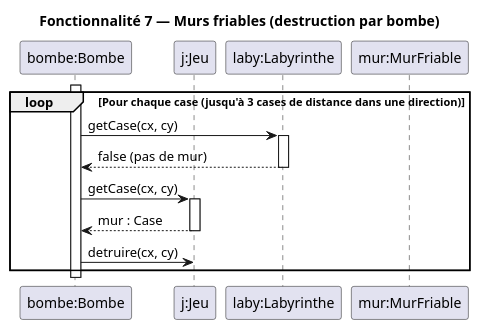
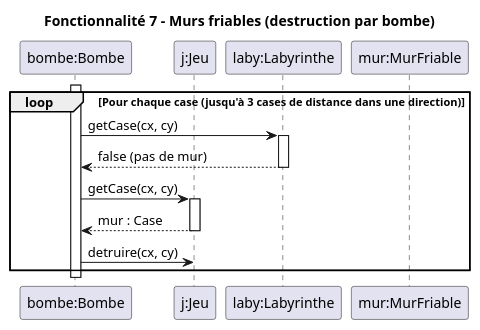
The diagram in projet_zeldiablo/documents/version_2/Diagrammes Séquence/Fonctionnalité 7.puml (lucas-martinati-pro/SAE_S2.01_Zeldiablo-LucasM_JeanLM_PierreGSV), drawn with PlantUML before and after one commit. The commit also changed 4 other files, not shown here.

Commit message:
change title of Diagrams

```diff
--- a/projet_zeldiablo/documents/version_2/Diagrammes Séquence/Fonctionnalité 7.puml
+++ b/projet_zeldiablo/documents/version_2/Diagrammes Séquence/Fonctionnalité 7.puml
@@ -1,26 +1,26 @@
 @startuml
-title Fonctionnalité 7 — Murs friables (destruction par bombe)
+title Fonctionnalité 7 - Murs friables (destruction par bombe)
 
 participant "bombe:Bombe" as Bombe
 participant "j:Jeu" as Jeu
 participant "laby:Labyrinthe" as Laby
 participant "mur:MurFriable" as Mur
 
 activate Bombe
 
 loop Pour chaque case (jusqu'à 3 cases de distance dans une direction)
     Bombe -> Laby : getCase(cx, cy)
     activate Laby
     Laby --> Bombe : false (pas de mur)
     deactivate Laby
 
     Bombe -> Jeu : getCase(cx, cy)
     activate Jeu
     Jeu --> Bombe : mur : Case
     deactivate Jeu
 
     Bombe -> Jeu : detruire(cx, cy)
 end
 
 deactivate Bombe
 @enduml
```
